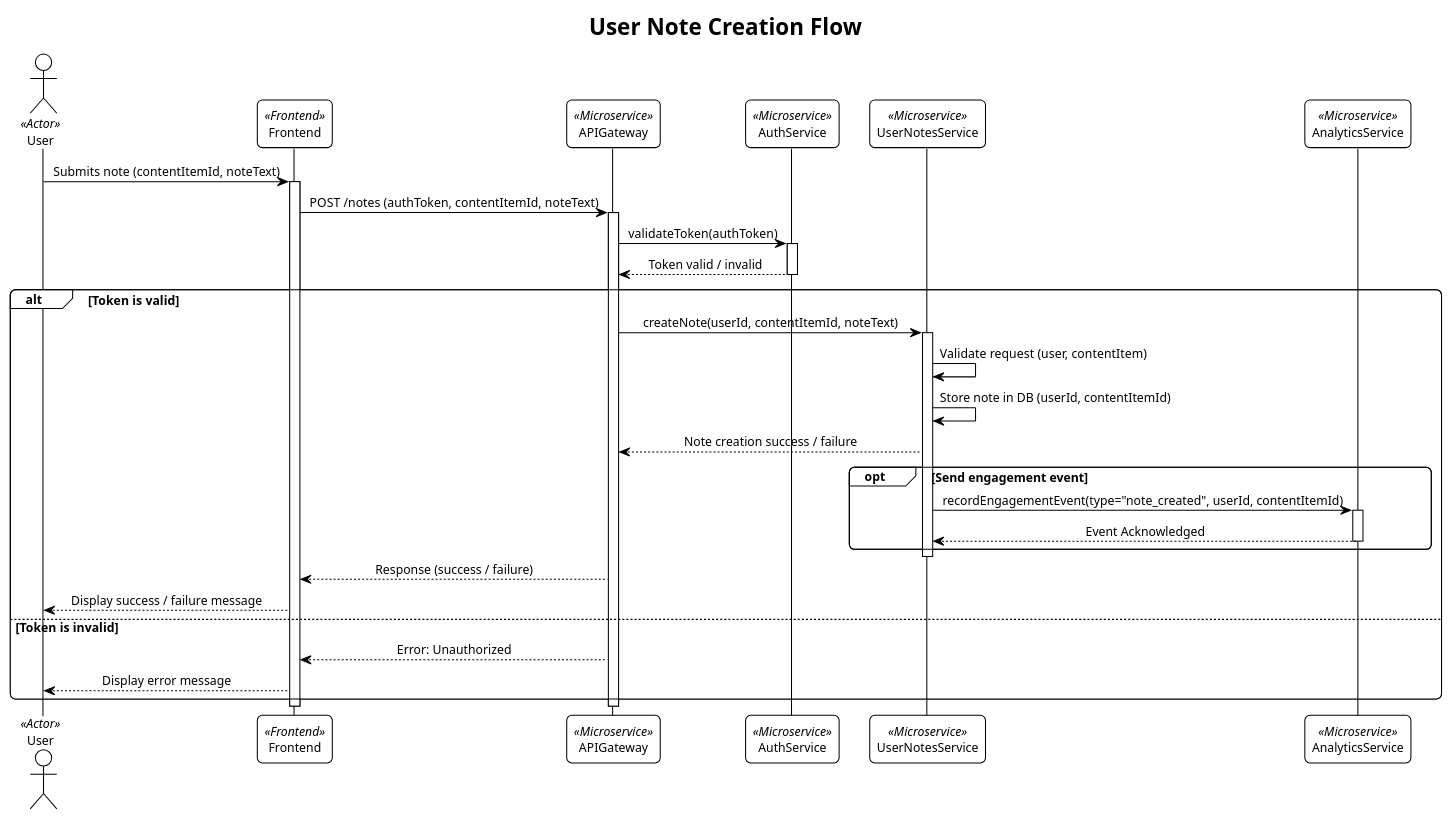
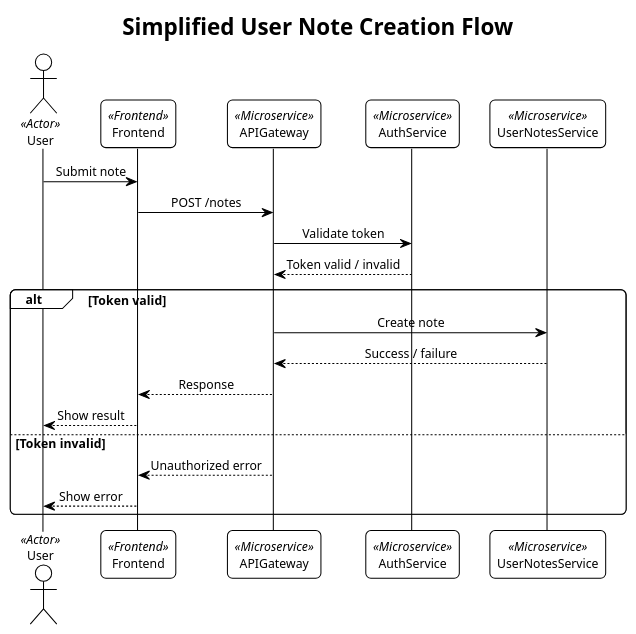
Before and after one commit to Guillermode20/softarch2-uni-work: the diagram in process/process-user-note-creation.puml, drawn with PlantUML. The commit also changed 2 other files, not shown here.

```diff
--- a/process/process-user-note-creation.puml
+++ b/process/process-user-note-creation.puml
@@ -1,56 +1,35 @@
 @startuml UserNoteCreationSequence
 !theme plain
 skinparam ClassAttributeIconSize 0
 skinparam roundcorner 10
 skinparam sequenceMessageAlign center
 skinparam DefaultFontName "Arial"
 skinparam DefaultFontSize 12
 skinparam shadowing false
 
-title User Note Creation Flow
+title Simplified User Note Creation Flow
 
 ' ===== Participants =====
 actor User <<Actor>>
 participant Frontend <<Frontend>>
 participant APIGateway <<Microservice>>
 participant AuthService <<Microservice>>
 participant UserNotesService <<Microservice>>
-participant AnalyticsService <<Microservice>>
 
-' ===== User Submits Note =====
-User -> Frontend: Submits note (contentItemId, noteText)
-activate Frontend
+' ===== User Note Creation Flow =====
+User -> Frontend: Submit note
+Frontend -> APIGateway: POST /notes
+APIGateway -> AuthService: Validate token
+AuthService --> APIGateway: Token valid / invalid
 
-Frontend -> APIGateway: POST /notes (authToken, contentItemId, noteText)
-activate APIGateway
-
-APIGateway -> AuthService: validateToken(authToken)
-activate AuthService
-AuthService --> APIGateway: Token valid / invalid
-deactivate AuthService
-
-alt Token is valid
-    APIGateway -> UserNotesService: createNote(userId, contentItemId, noteText)
-    activate UserNotesService
-    UserNotesService -> UserNotesService: Validate request (user, contentItem)
-    UserNotesService -> UserNotesService: Store note in DB (userId, contentItemId)
-    UserNotesService --> APIGateway: Note creation success / failure
-    
-    opt Send engagement event
-        UserNotesService -> AnalyticsService: recordEngagementEvent(type="note_created", userId, contentItemId)
-        activate AnalyticsService
-        AnalyticsService --> UserNotesService: Event Acknowledged
-        deactivate AnalyticsService
-    end
-    deactivate UserNotesService
-    
-    APIGateway --> Frontend: Response (success / failure)
-    Frontend --> User: Display success / failure message
-else Token is invalid
-    APIGateway --> Frontend: Error: Unauthorized
-    Frontend --> User: Display error message
+alt Token valid
+    APIGateway -> UserNotesService: Create note
+    UserNotesService --> APIGateway: Success / failure
+    APIGateway --> Frontend: Response
+    Frontend --> User: Show result
+else Token invalid
+    APIGateway --> Frontend: Unauthorized error
+    Frontend --> User: Show error
 end
 
-deactivate APIGateway
-deactivate Frontend
 @enduml
```
